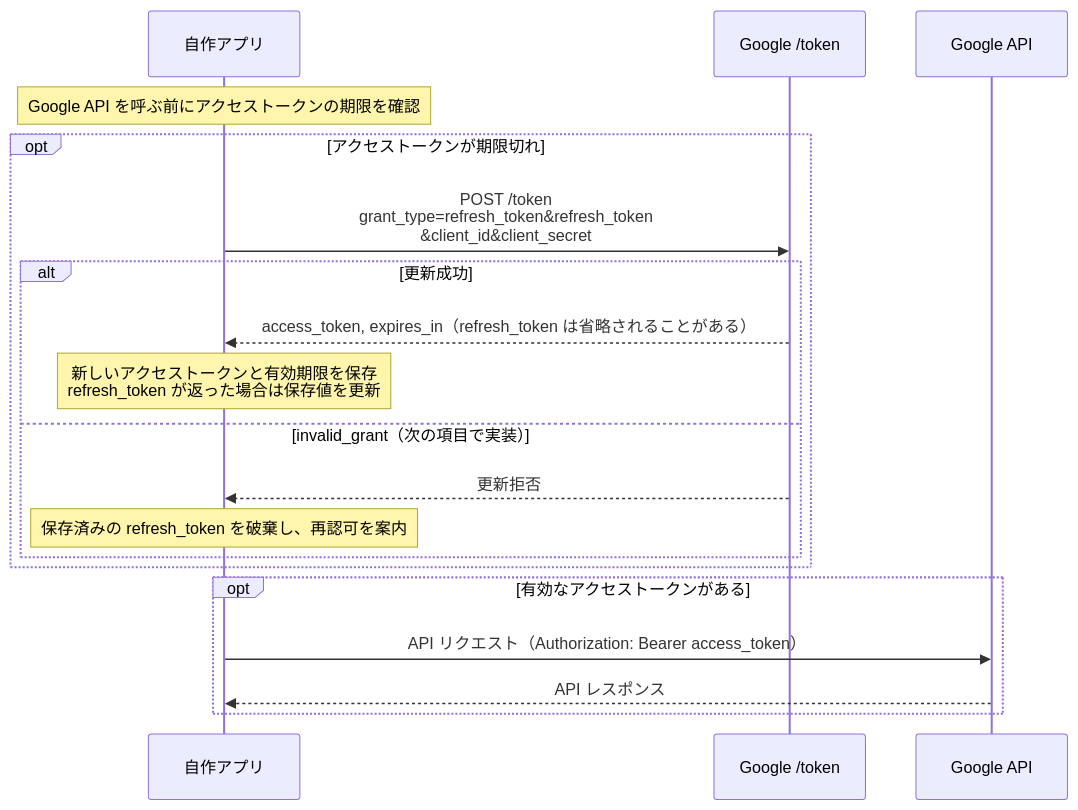
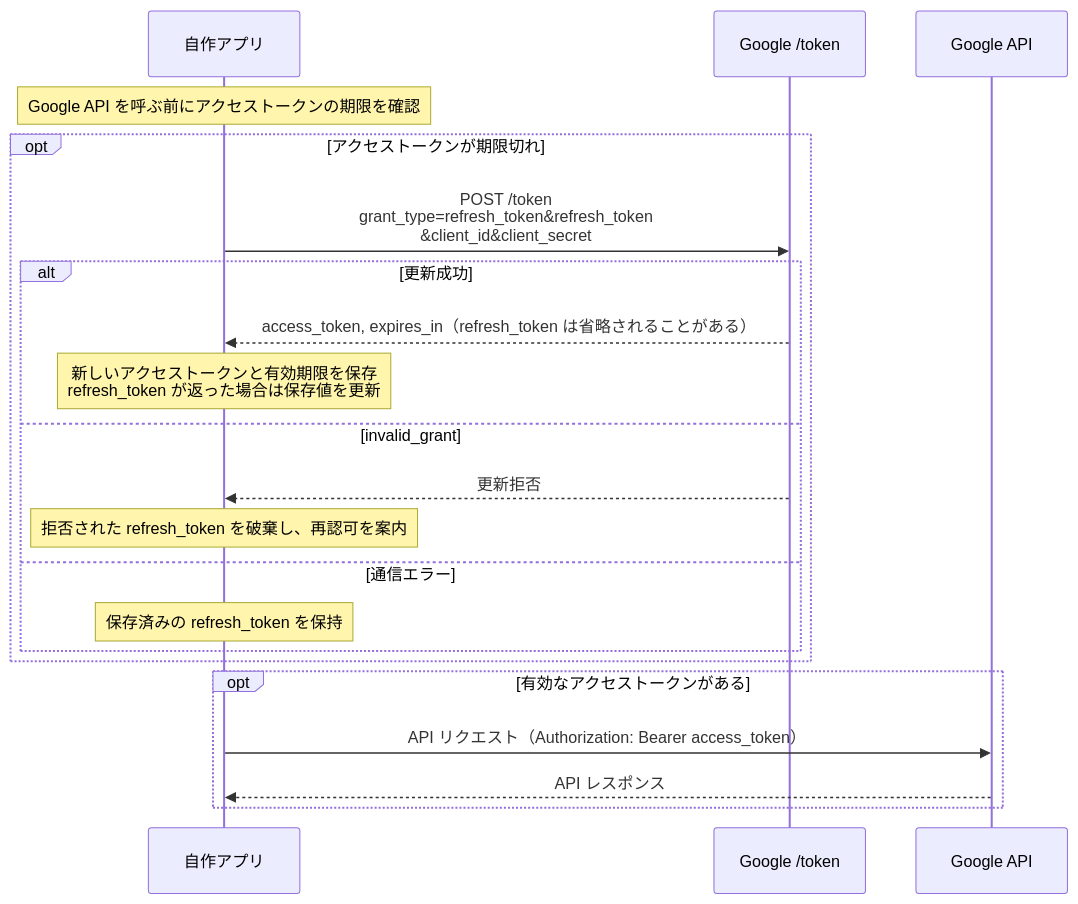
Before and after one commit to Da-1kun/study-Auth: the second of 2 diagrams in README.md, drawn with Mermaid. The commit also changed other lines of this file and 3 other files, not shown here.

````diff
--- a/README.md
+++ b/README.md
@@ -81,22 +81,24 @@
 ```mermaid
 sequenceDiagram
     participant A as 自作アプリ
     participant T as Google /token
     participant G as Google API
 
     Note over A: Google API を呼ぶ前にアクセストークンの期限を確認
     opt アクセストークンが期限切れ
         A->>T: POST /token<br/>grant_type=refresh_token&refresh_token<br/>&client_id&client_secret
         alt 更新成功
             T-->>A: access_token, expires_in（refresh_token は省略されることがある）
             Note over A: 新しいアクセストークンと有効期限を保存<br/>refresh_token が返った場合は保存値を更新
-        else invalid_grant（次の項目で実装）
+        else invalid_grant
             T-->>A: 更新拒否
-            Note over A: 保存済みの refresh_token を破棄し、再認可を案内
+            Note over A: 拒否された refresh_token を破棄し、再認可を案内
+        else 通信エラー
+            Note over A: 保存済みの refresh_token を保持
         end
     end
     opt 有効なアクセストークンがある
         A->>G: API リクエスト（Authorization: Bearer access_token）
         G-->>A: API レスポンス
     end
 ```
````
